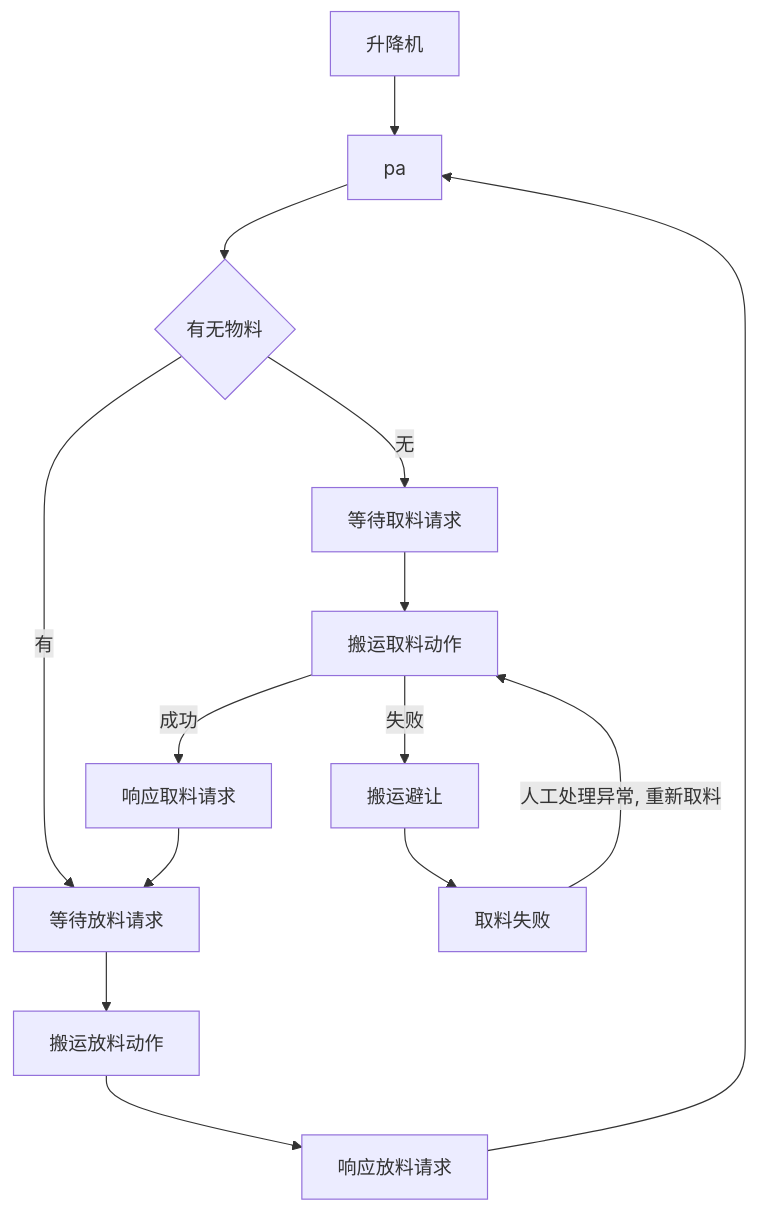
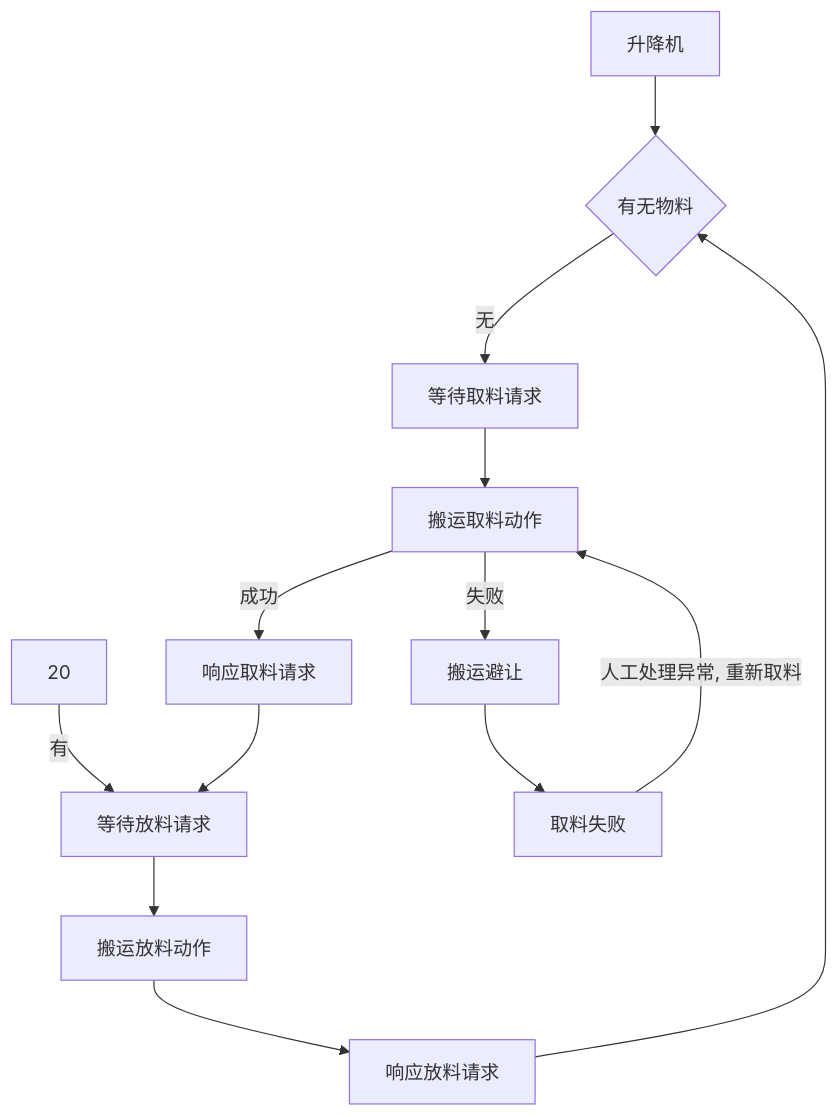
One commit to PengKun1/iodraw-files changed the diagram in all/升降台.md. Above: the diagram before and after it, drawn with Mermaid.

Commit message:
2024-12-23 10:18:35 update

````diff
--- a/all/升降台.md
+++ b/all/升降台.md
@@ -1,17 +1,16 @@
 ```mermaid
 graph TD
 0[升降机]-->10
-10[pa]-->20
-20{有无物料}-->|无|30
+10{有无物料}-->|无|30
 20-->|有|60
 30[等待取料请求]-->40
 40[搬运取料动作]-->|成功|50
 40-->|失败|90
 50[响应取料请求]-->60
 60[等待放料请求]-->70
 70[搬运放料动作]-->80
 80[响应放料请求]-->10
 90[搬运避让]-->900
 
 900[取料失败]-->|人工处理异常, 重新取料|40
 ```
````
